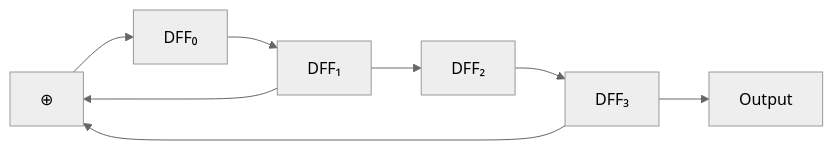
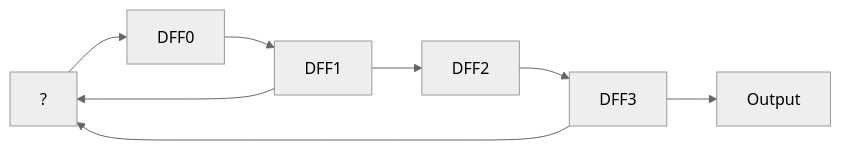
The third of 4 diagrams in docs/courses/digital-logic/08-registers-counters.md (Raushan666java/ai-engineering-journey), drawn with Mermaid (neutral theme) before and after one commit. The commit also changed other lines of this file and 790 other files, not shown here.

Commit message:
Sync all course diagram renders and content updates

````diff
--- a/docs/courses/digital-logic/08-registers-counters.md
+++ b/docs/courses/digital-logic/08-registers-counters.md
@@ -295,10 +295,10 @@
 ```mermaid
 graph LR
-    XOR[⊕] --> FF0[DFF₀]
-    FF0 --> FF1[DFF₁]
-    FF1 --> FF2[DFF₂]
-    FF2 --> FF3[DFF₃]
+    XOR[?] --> FF0[DFF0]
+    FF0 --> FF1[DFF1]
+    FF1 --> FF2[DFF2]
+    FF2 --> FF3[DFF3]
     FF3 --> XOR
     FF3 --> OUT[Output]
     FF1 --> XOR
 ```
````
